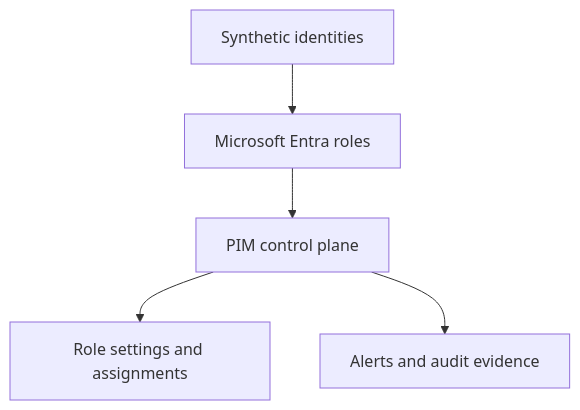
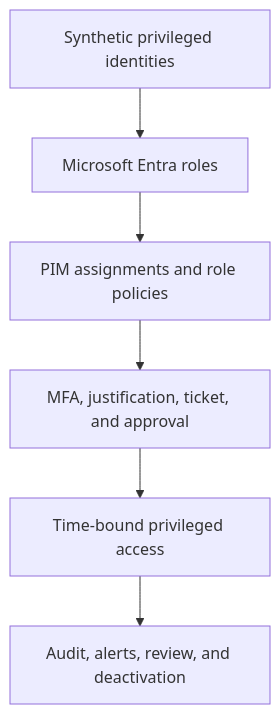
One commit to danielbeltran26/microsoft-entra-privileged-identity-management changed the diagram in README.md. Above: the diagram before and after it, drawn with Mermaid. The commit also changed other lines of this file, not shown here.

Commit message:
Add complete PIM roadmap and repository controls

````diff
--- a/README.md
+++ b/README.md
@@ -31,7 +55,8 @@
 ```mermaid
 flowchart TD
-    A["Synthetic identities"] --> B["Microsoft Entra roles"]
-    B --> C["PIM control plane"]
-    C --> D["Role settings and assignments"]
-    C --> E["Alerts and audit evidence"]
+    A["Synthetic privileged identities"] --> B["Microsoft Entra roles"]
+    B --> C["PIM assignments and role policies"]
+    C --> D["MFA, justification, ticket, and approval"]
+    D --> E["Time-bound privileged access"]
+    E --> F["Audit, alerts, review, and deactivation"]
 ```
````
